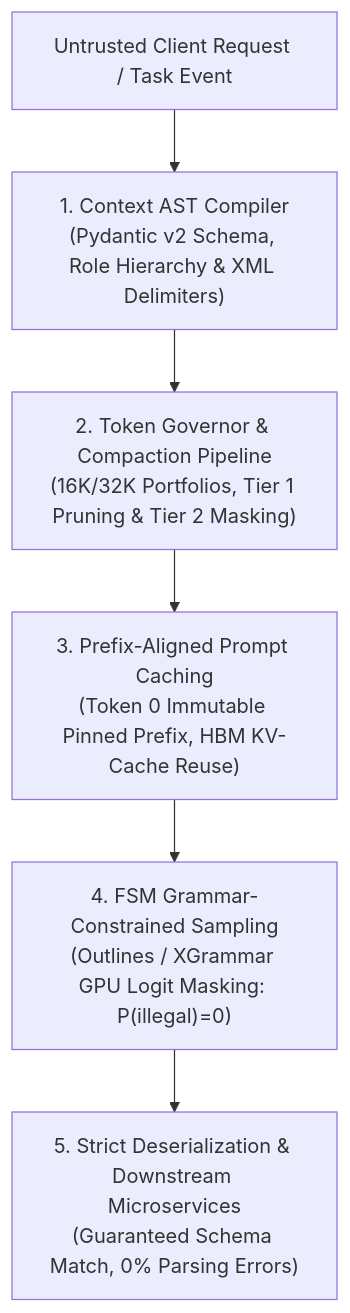
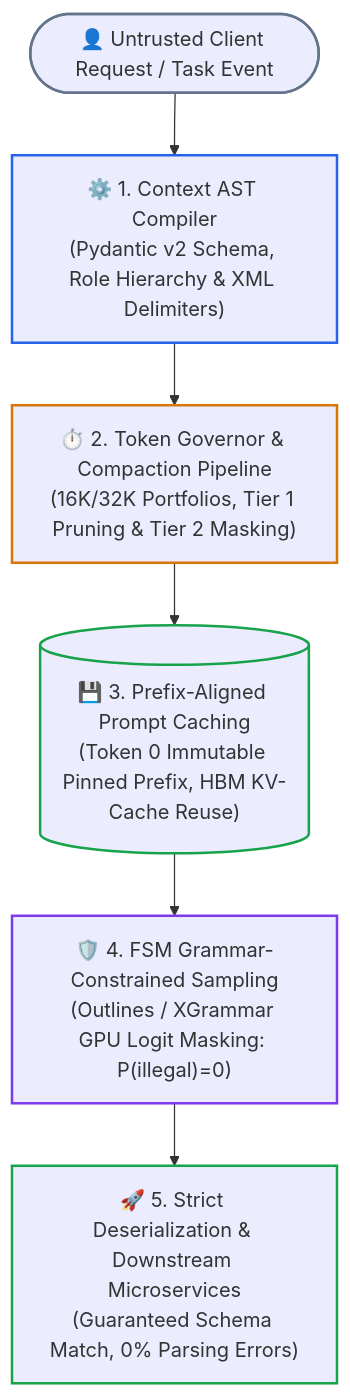
Before and after one commit to dip4k/senior-engineer-to-ai-engineer-roadmap: the diagram in 01-prompt-and-context-engineering/README.md, drawn with Mermaid. The commit also changed 39 other files, not shown here.

First line of the commit message:
feat(curriculum): upgrade mermaid diagrams with unicode icons & codify anti-bloat layout rules

````diff
--- a/01-prompt-and-context-engineering/README.md
+++ b/01-prompt-and-context-engineering/README.md
@@ -24,12 +24,19 @@
 ```mermaid
 flowchart TD
-    User["Untrusted Client Request / Task Event"] --> AST["1. Context AST Compiler<br>(Pydantic v2 Schema, Role Hierarchy & XML Delimiters)"]
+    User(["👤 Untrusted Client Request / Task Event"]) --> AST["⚙️ 1. Context AST Compiler<br>(Pydantic v2 Schema, Role Hierarchy & XML Delimiters)"]
     
-    AST --> Gov["2. Token Governor & Compaction Pipeline<br>(16K/32K Portfolios, Tier 1 Pruning & Tier 2 Masking)"]
+    AST --> Gov["⏱️ 2. Token Governor & Compaction Pipeline<br>(16K/32K Portfolios, Tier 1 Pruning & Tier 2 Masking)"]
     
-    Gov --> Cache["3. Prefix-Aligned Prompt Caching<br>(Token 0 Immutable Pinned Prefix, HBM KV-Cache Reuse)"]
+    Gov --> Cache[("💾 3. Prefix-Aligned Prompt Caching<br>(Token 0 Immutable Pinned Prefix, HBM KV-Cache Reuse)")]
     
-    Cache --> Sampling["4. FSM Grammar-Constrained Sampling<br>(Outlines / XGrammar GPU Logit Masking: P(illegal)=0)"]
+    Cache --> Sampling["🛡️ 4. FSM Grammar-Constrained Sampling<br>(Outlines / XGrammar GPU Logit Masking: P(illegal)=0)"]
     
-    Sampling --> Out["5. Strict Deserialization & Downstream Microservices<br>(Guaranteed Schema Match, 0% Parsing Errors)"]
+    Sampling --> Out["🚀 5. Strict Deserialization & Downstream Microservices<br>(Guaranteed Schema Match, 0% Parsing Errors)"]
+
+    style User stroke:#64748b,stroke-width:2px
+    style AST stroke:#2563eb,stroke-width:2px
+    style Gov stroke:#d97706,stroke-width:2px
+    style Cache stroke:#16a34a,stroke-width:2px
+    style Sampling stroke:#7c3aed,stroke-width:2px
+    style Out stroke:#16a34a,stroke-width:2px
 ```
````
